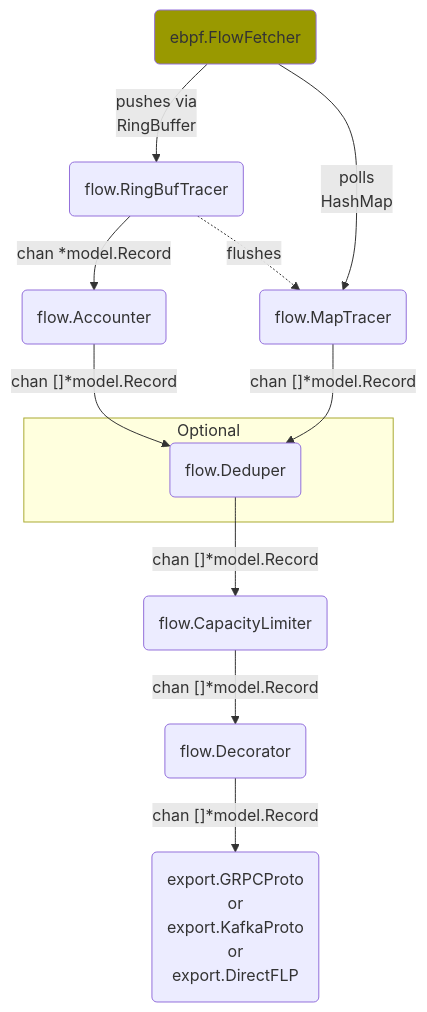
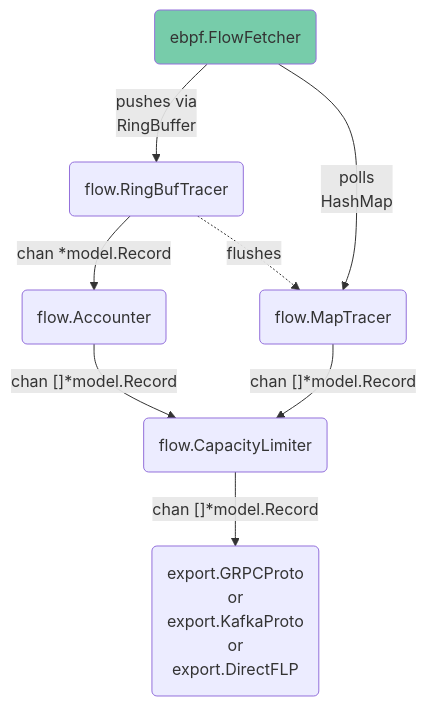
One commit to netobserv/netobserv-ebpf-agent changed the second of 2 diagrams in docs/architecture.md. Above: the diagram before and after it, drawn with Mermaid. The commit also changed 1 other file, not shown here.

Commit message:
Remove obsolete comment + update arch chart

````diff
--- a/docs/architecture.md
+++ b/docs/architecture.md
@@ -33,21 +35,13 @@
 ```mermaid
 flowchart TD
     E(ebpf.FlowFetcher) --> |"pushes via<br/>RingBuffer"| RB(flow.RingBufTracer)
-    style E fill:#990
+    style E fill:#7CA
 
     E --> |"polls<br/>HashMap"| M(flow.MapTracer)
     RB --> |chan *model.Record| ACC(flow.Accounter)
     RB -.-> |flushes| M
-    ACC --> |"chan []*model.Record"| DD(flow.Deduper)
-    M --> |"chan []*model.Record"| DD
+    ACC --> |"chan []*model.Record"| CL(flow.CapacityLimiter)
+    M --> |"chan []*model.Record"| CL
 
-    subgraph Optional
-        DD
-    end
-
-    DD --> |"chan []*model.Record"| CL(flow.CapacityLimiter)
-
-    CL --> |"chan []*model.Record"| DC(flow.Decorator)
-    
-    DC --> |"chan []*model.Record"| EX("export.GRPCProto<br/>or<br/>export.KafkaProto<br/>or<br/>export.DirectFLP")
+    CL --> |"chan []*model.Record"| EX("export.GRPCProto<br/>or<br/>export.KafkaProto<br/>or<br/>export.DirectFLP")
 ```
````
